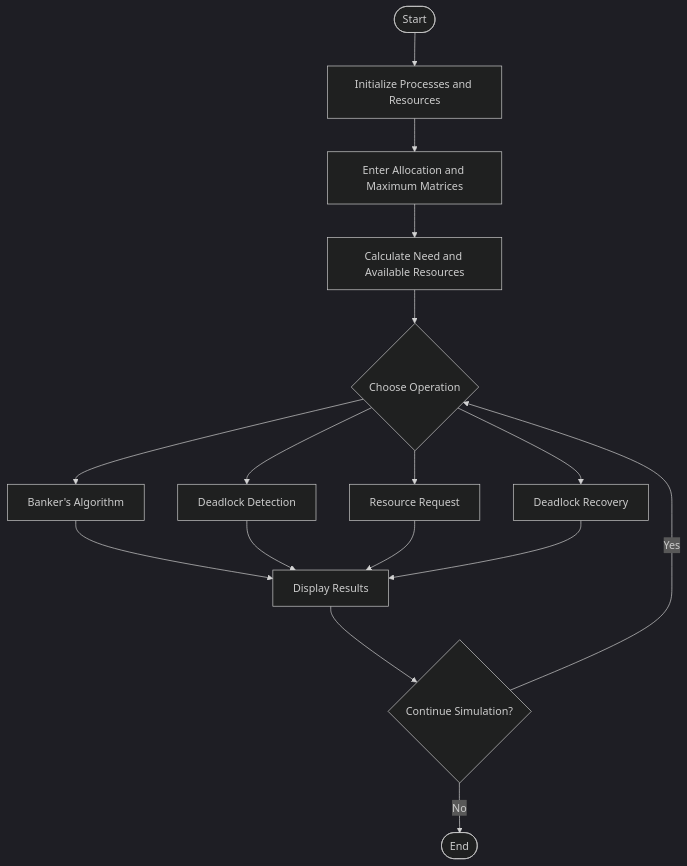
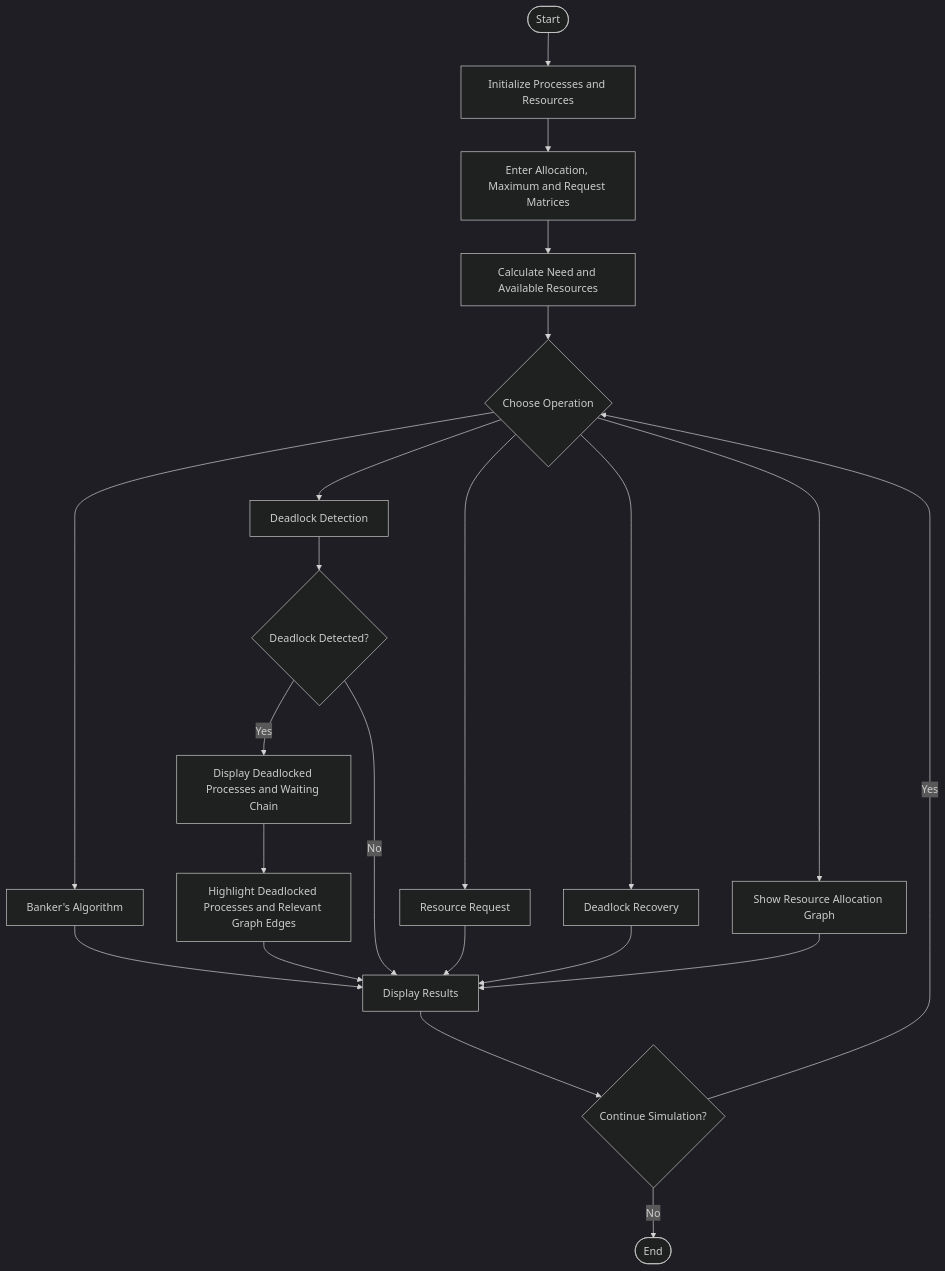
The diagram in Week4/docs/flowchart.md (ncneha22/Project-Based-Learning), drawn with Mermaid (dark theme) before and after one commit. The commit also changed other lines of this file and 4 other files, not shown here.

````diff
--- a/Week4/docs/flowchart.md
+++ b/Week4/docs/flowchart.md
@@ -5,18 +5,24 @@
 ```mermaid
 flowchart TD
     A([Start]) --> B[Initialize Processes and Resources]
-    B --> C[Enter Allocation and Maximum Matrices]
+    B --> C[Enter Allocation, Maximum and Request Matrices]
     C --> D[Calculate Need and Available Resources]
     D --> E{Choose Operation}
     E --> F[Banker's Algorithm]
     E --> G[Deadlock Detection]
     E --> H[Resource Request]
     E --> I[Deadlock Recovery]
+    E --> M[Show Resource Allocation Graph]
     F --> J[Display Results]
-    G --> J
+    G --> N{Deadlock Detected?}
+    N -- Yes --> O[Display Deadlocked Processes and Waiting Chain]
+    O --> P[Highlight Deadlocked Processes and Relevant Graph Edges]
+    P --> J
+    N -- No --> J
     H --> J
     I --> J
+    M --> J
     J --> K{Continue Simulation?}
     K -- Yes --> E
     K -- No --> L([End])
 ```
````
